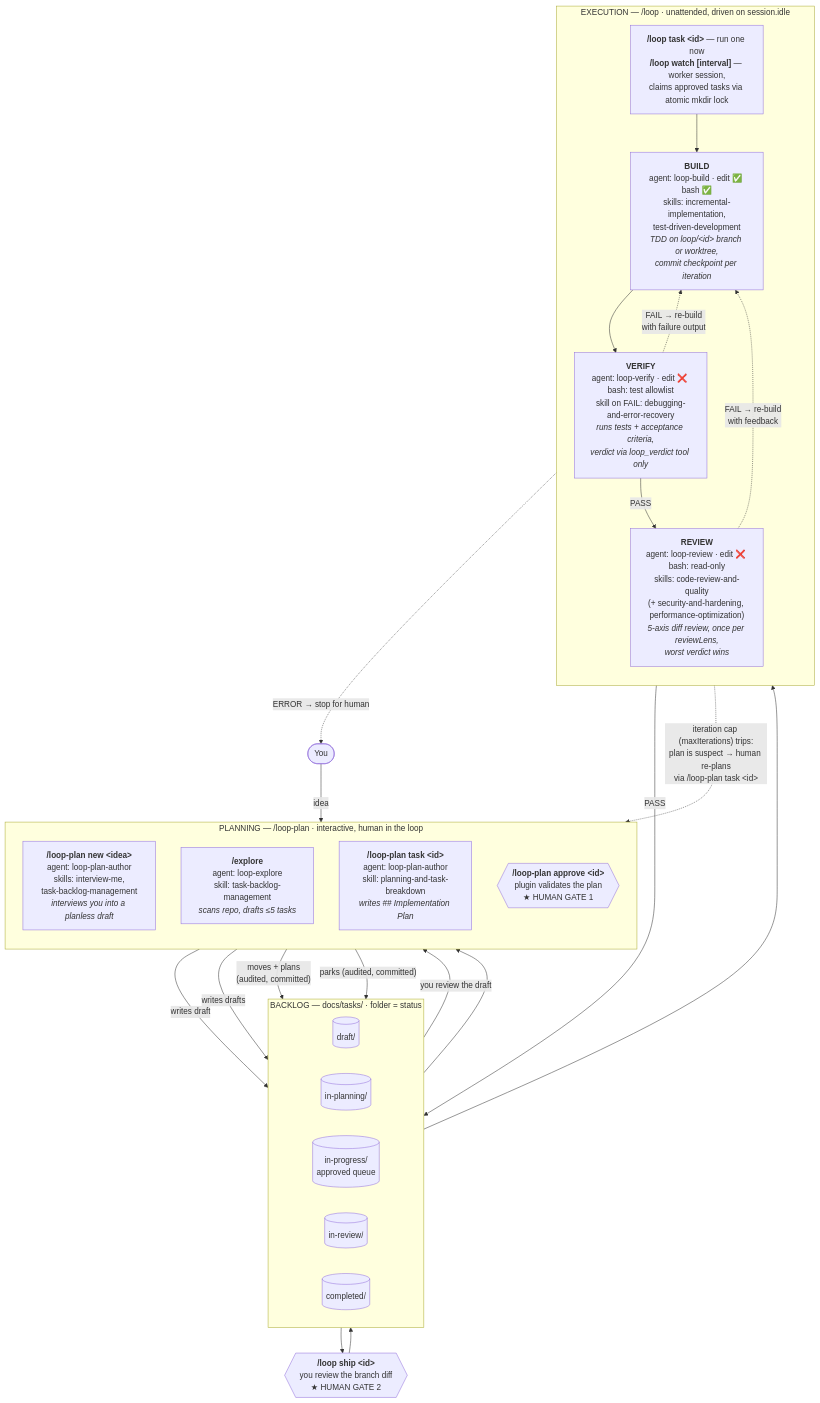
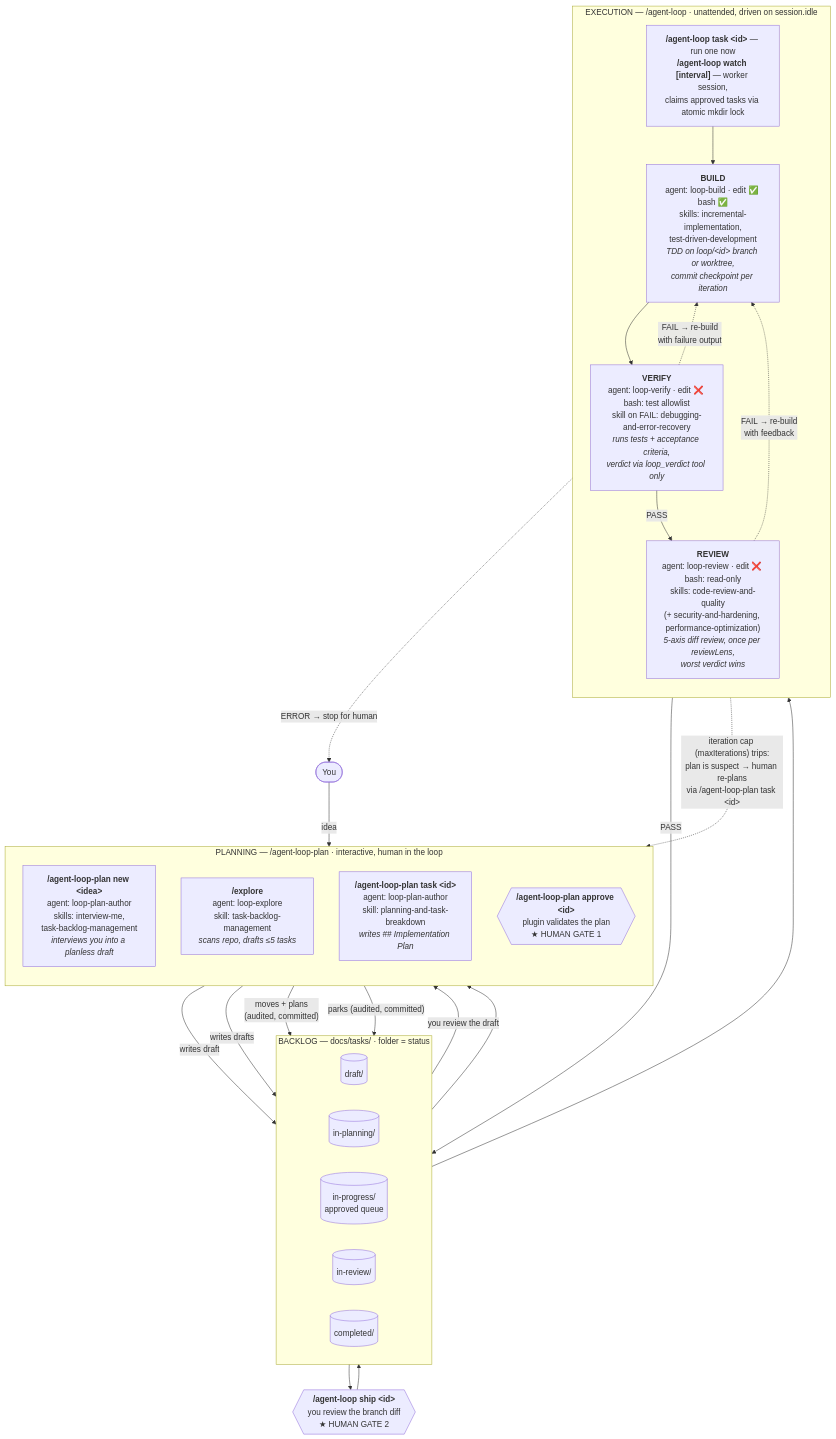
Before and after one commit to yenchang265-afk/agentic-workflow: the first of 2 diagrams in README.md, drawn with Mermaid. The commit also changed other lines of this file and 44 other files, not shown here.

First line of the commit message:
refactor: rename /loop and /loop-plan to /agent-loop and /agent-loop-plan

````diff
--- a/README.md
+++ b/README.md
@@ -73,50 +73,50 @@
 ```mermaid
 flowchart TB
     You([You])
 
-    subgraph planning["PLANNING — /loop-plan · interactive, human in the loop"]
+    subgraph planning["PLANNING — /agent-loop-plan · interactive, human in the loop"]
         direction TB
-        new["<b>/loop-plan new &lt;idea&gt;</b><br/>agent: loop-plan-author<br/>skills: interview-me,<br/>task-backlog-management<br/><i>interviews you into a planless draft</i>"]
+        new["<b>/agent-loop-plan new &lt;idea&gt;</b><br/>agent: loop-plan-author<br/>skills: interview-me,<br/>task-backlog-management<br/><i>interviews you into a planless draft</i>"]
         explore["<b>/explore</b><br/>agent: loop-explore<br/>skill: task-backlog-management<br/><i>scans repo, drafts ≤5 tasks</i>"]
-        plantask["<b>/loop-plan task &lt;id&gt;</b><br/>agent: loop-plan-author<br/>skill: planning-and-task-breakdown<br/><i>writes ## Implementation Plan</i>"]
-        approve{{"<b>/loop-plan approve &lt;id&gt;</b><br/>plugin validates the plan<br/>★ HUMAN GATE 1"}}
+        plantask["<b>/agent-loop-plan task &lt;id&gt;</b><br/>agent: loop-plan-author<br/>skill: planning-and-task-breakdown<br/><i>writes ## Implementation Plan</i>"]
+        approve{{"<b>/agent-loop-plan approve &lt;id&gt;</b><br/>plugin validates the plan<br/>★ HUMAN GATE 1"}}
     end
 
     subgraph backlog["BACKLOG — docs/tasks/ · folder = status"]
         direction LR
         draft[("draft/")]
         inplanning[("in-planning/")]
         inprogress[("in-progress/<br/>approved queue")]
         inreview[("in-review/")]
         completed[("completed/")]
     end
 
-    subgraph execution["EXECUTION — /loop · unattended, driven on session.idle"]
+    subgraph execution["EXECUTION — /agent-loop · unattended, driven on session.idle"]
         direction TB
-        claim["<b>/loop task &lt;id&gt;</b> — run one now<br/><b>/loop watch [interval]</b> — worker session,<br/>claims approved tasks via atomic mkdir lock"]
+        claim["<b>/agent-loop task &lt;id&gt;</b> — run one now<br/><b>/agent-loop watch [interval]</b> — worker session,<br/>claims approved tasks via atomic mkdir lock"]
         build["<b>BUILD</b><br/>agent: loop-build · edit ✅ bash ✅<br/>skills: incremental-implementation,<br/>test-driven-development<br/><i>TDD on loop/&lt;id&gt; branch or worktree,<br/>commit checkpoint per iteration</i>"]
         verify["<b>VERIFY</b><br/>agent: loop-verify · edit ❌ bash: test allowlist<br/>skill on FAIL: debugging-and-error-recovery<br/><i>runs tests + acceptance criteria,<br/>verdict via loop_verdict tool only</i>"]
         review["<b>REVIEW</b><br/>agent: loop-review · edit ❌ bash: read-only<br/>skills: code-review-and-quality<br/>(+ security-and-hardening, performance-optimization)<br/><i>5-axis diff review, once per reviewLens,<br/>worst verdict wins</i>"]
     end
 
-    ship{{"<b>/loop ship &lt;id&gt;</b><br/>you review the branch diff<br/>★ HUMAN GATE 2"}}
+    ship{{"<b>/agent-loop ship &lt;id&gt;</b><br/>you review the branch diff<br/>★ HUMAN GATE 2"}}
 
     You -->|"idea"| new
     new -->|"writes draft"| draft
     explore -->|"writes drafts"| draft
     draft -->|"you review the draft"| plantask
     plantask -->|"moves + plans<br/>(audited, committed)"| inplanning
     inplanning --> approve
     approve -->|"parks (audited, committed)"| inprogress
     inprogress --> claim
     claim --> build
     build --> verify
     verify -->|"PASS"| review
     verify -.->|"FAIL → re-build<br/>with failure output"| build
     review -.->|"FAIL → re-build<br/>with feedback"| build
     review -->|"PASS"| inreview
     inreview --> ship
     ship --> completed
-    build -.->|"iteration cap (maxIterations) trips:<br/>plan is suspect → human re-plans<br/>via /loop-plan task &lt;id&gt;"| plantask
+    build -.->|"iteration cap (maxIterations) trips:<br/>plan is suspect → human re-plans<br/>via /agent-loop-plan task &lt;id&gt;"| plantask
     verify -.->|"ERROR → stop for human"| You
 ```
````
